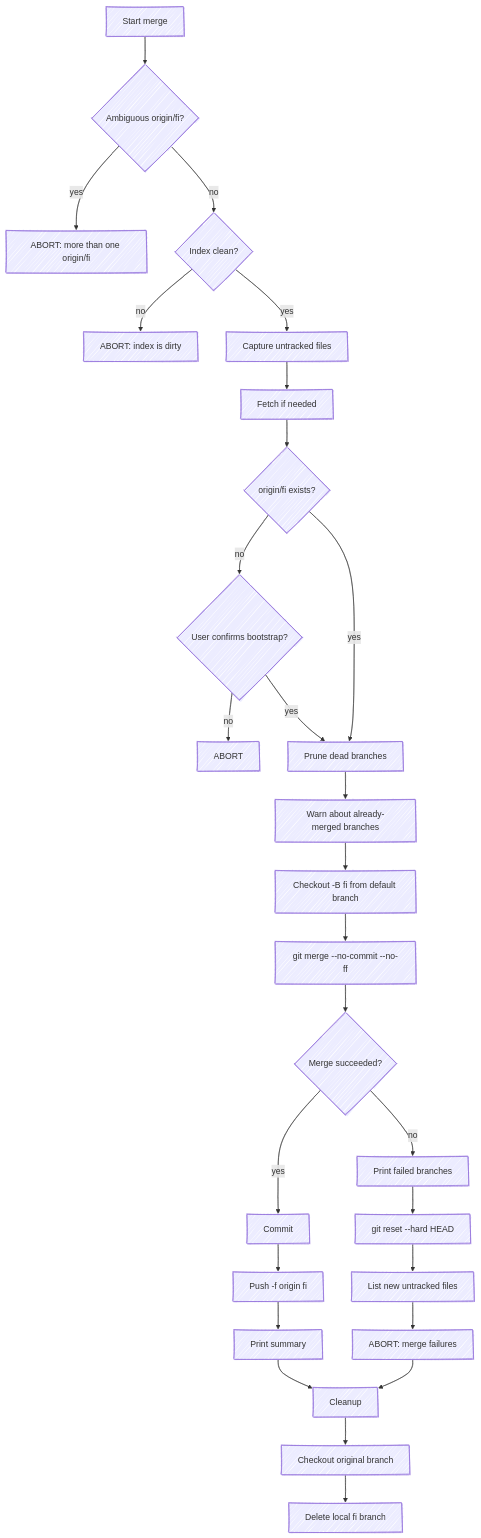
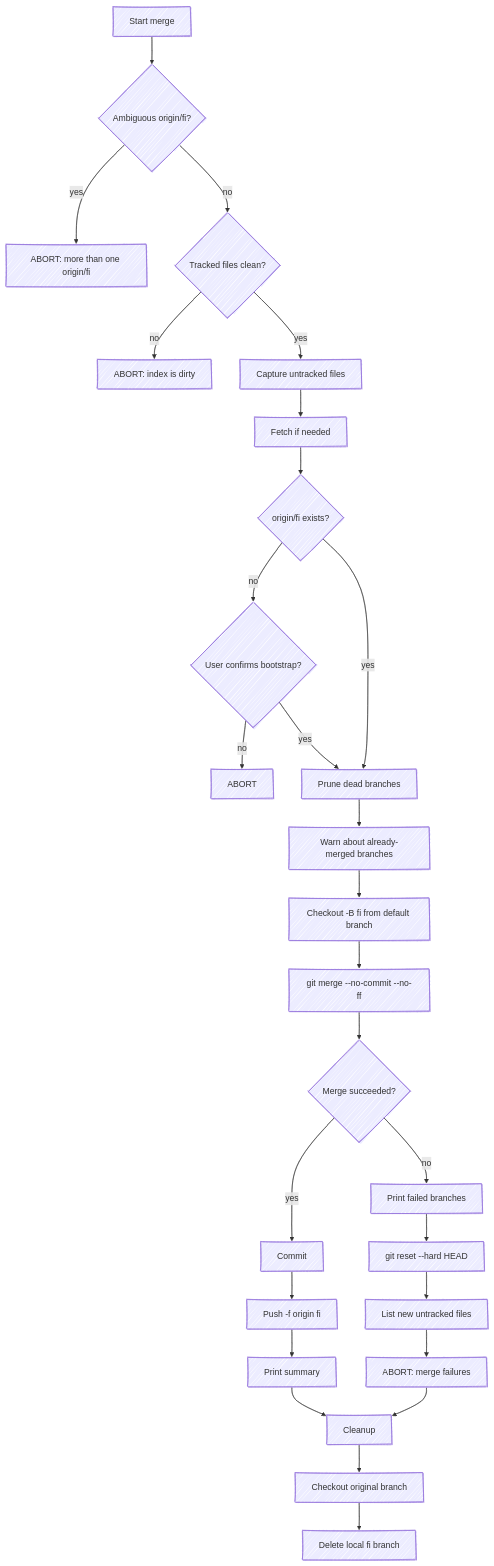
Before and after one commit to gettyimages/git-fi: the third of 3 diagrams in SPEC.md, drawn with Mermaid. The commit also changed other lines of this file and 4 other files, not shown here.

````diff
--- a/SPEC.md
+++ b/SPEC.md
@@ -328,30 +328,30 @@
 ```mermaid
 %%{ init: { 'look': 'handDrawn' } }%%
 flowchart TD
     A[Start merge] --> B{Ambiguous origin/fi?}
     B -- yes --> B1[ABORT: more than one origin/fi]
-    B -- no --> C{Index clean?}
+    B -- no --> C{Tracked files clean?}
     C -- no --> C1[ABORT: index is dirty]
     C -- yes --> D[Capture untracked files]
     D --> E[Fetch if needed]
     E --> F{origin/fi exists?}
     F -- no --> G{User confirms bootstrap?}
     G -- no --> G1[ABORT]
     G -- yes --> H[Prune dead branches]
     F -- yes --> H
     H --> I[Warn about already-merged branches]
     I --> J[Checkout -B fi from default branch]
     J --> K[git merge --no-commit --no-ff]
     K --> L{Merge succeeded?}
     L -- yes --> M[Commit]
     M --> N[Push -f origin fi]
     N --> O[Print summary]
     L -- no --> P[Print failed branches]
     P --> Q[git reset --hard HEAD]
     Q --> R[List new untracked files]
     R --> S[ABORT: merge failures]
     O --> T[Cleanup]
     S --> T
     T --> U[Checkout original branch]
     U --> V[Delete local fi branch]
 ```
````
